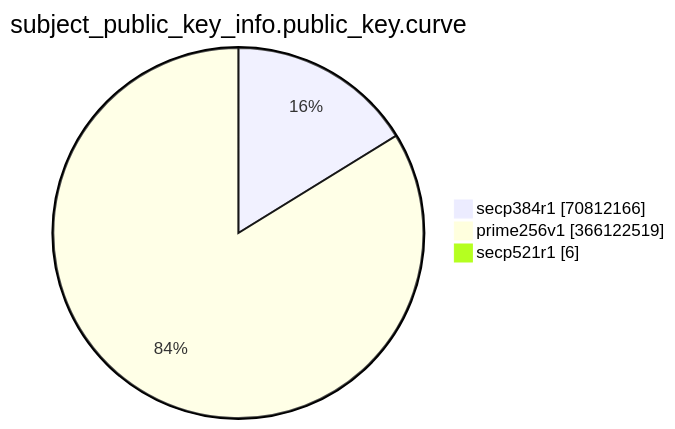
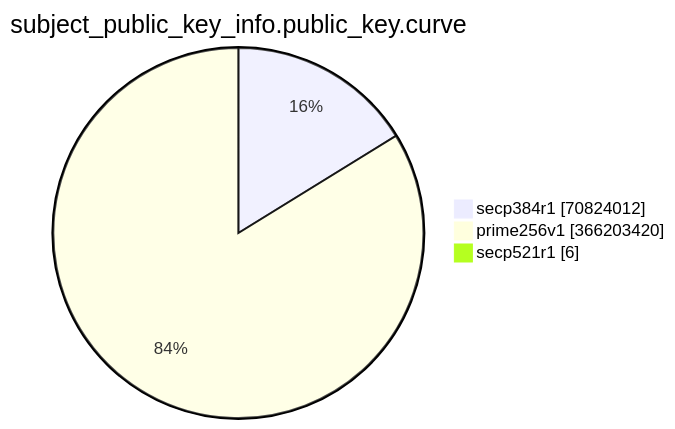
Before and after one commit to christiankrug/ctmonitor_visualization: the eighth of 15 diagrams in TOTAL/README.md, drawn with Mermaid. The commit also changed other lines of this file, not shown here.

````diff
--- a/TOTAL/README.md
+++ b/TOTAL/README.md
@@ -3092,7 +3092,7 @@
 ```mermaid
 pie showData
 title subject_public_key_info.public_key.curve
-"secp384r1" :70812166
-"prime256v1" :366122519
+"secp384r1" :70824012
+"prime256v1" :366203420
 "secp521r1" :6
 ```
````
